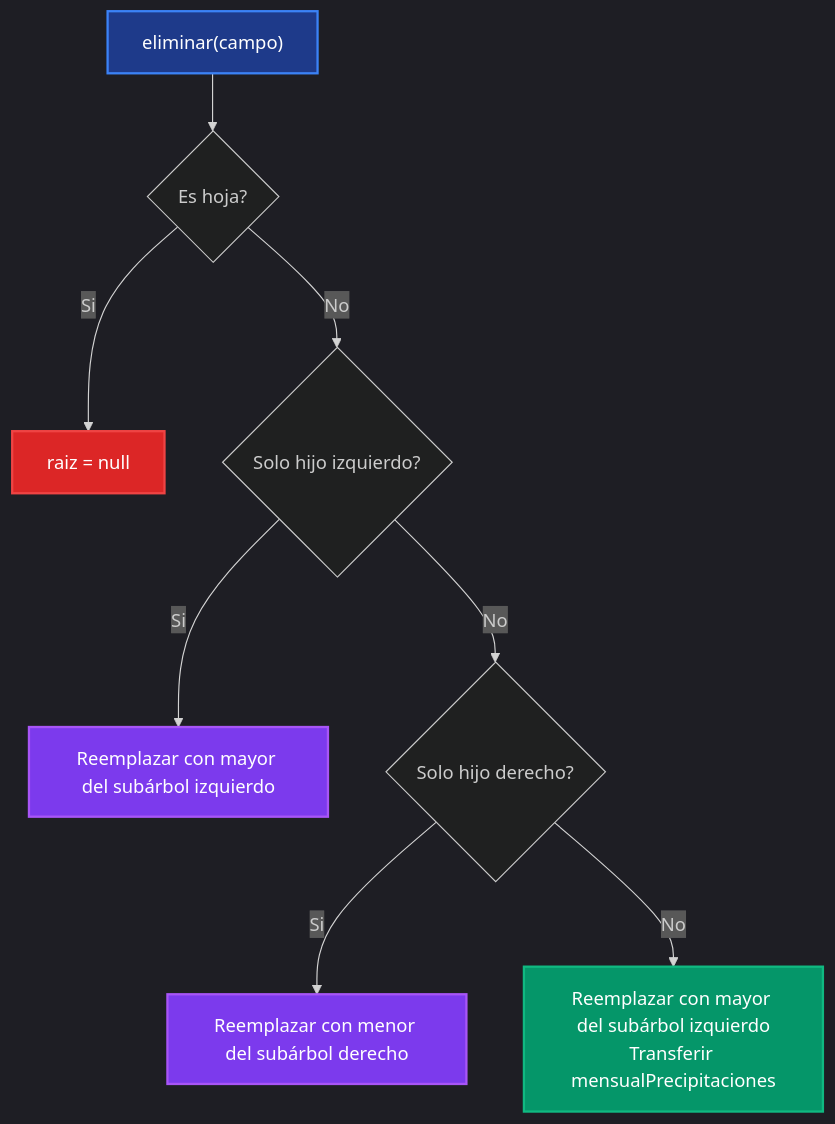
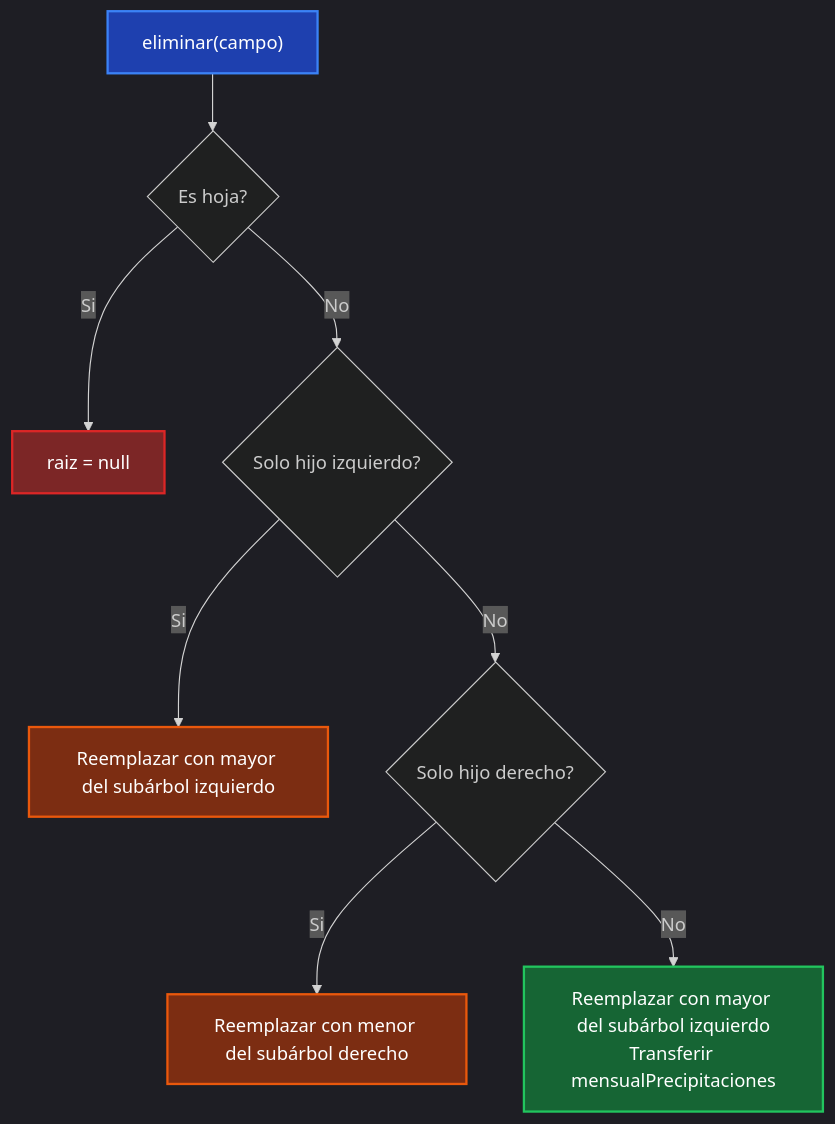
The fifth of 16 diagrams in tp-final/README_IMPLEMENTACIONES.md (pybalt/algo2), drawn with Mermaid before and after one commit. The commit also changed other lines of this file and 1 other file, not shown here.

````diff
--- a/tp-final/README_IMPLEMENTACIONES.md
+++ b/tp-final/README_IMPLEMENTACIONES.md
@@ -116,17 +156,17 @@
 ```mermaid
 %%{init: {'theme':'dark'}}%%
 flowchart TD
     A["eliminar(campo)"] --> B{"Es hoja?"}
     B -->|Si| C["raiz = null"]
     B -->|No| D{"Solo hijo izquierdo?"}
     D -->|Si| E["Reemplazar con mayor del subárbol izquierdo"]
     D -->|No| F{"Solo hijo derecho?"}
     F -->|Si| G["Reemplazar con menor del subárbol derecho"]
     F -->|No| H["Reemplazar con mayor del subárbol izquierdo<br/>Transferir mensualPrecipitaciones"]
     
-    style A fill:#1e3a8a,stroke:#3b82f6,stroke-width:2px,color:#fff
-    style C fill:#dc2626,stroke:#ef4444,stroke-width:2px,color:#fff
-    style E fill:#7c3aed,stroke:#a855f7,stroke-width:2px,color:#fff
-    style G fill:#7c3aed,stroke:#a855f7,stroke-width:2px,color:#fff
-    style H fill:#059669,stroke:#10b981,stroke-width:2px,color:#fff
+    style A fill:#1e40af,stroke:#3b82f6,stroke-width:2px,color:#ffffff
+    style C fill:#7c2626,stroke:#dc2626,stroke-width:2px,color:#ffffff
+    style E fill:#7c2d12,stroke:#ea580c,stroke-width:2px,color:#ffffff
+    style G fill:#7c2d12,stroke:#ea580c,stroke-width:2px,color:#ffffff
+    style H fill:#166534,stroke:#22c55e,stroke-width:2px,color:#ffffff
 ```
````
